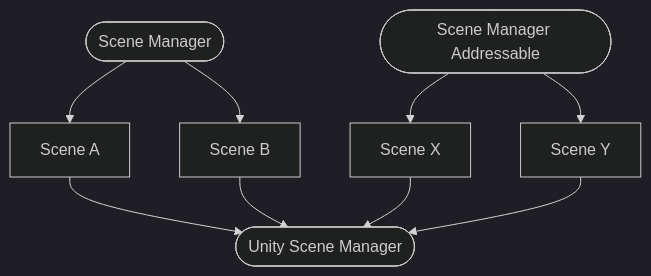
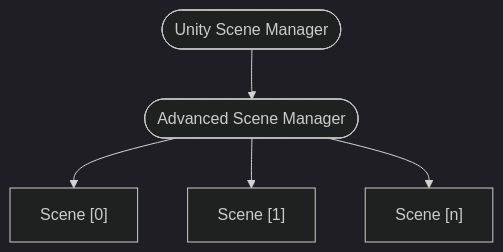
One commit to mygamedevtools/scene-loader changed the second of 3 diagrams in README.md. Above: the diagram before and after it, drawn with Mermaid (dark theme). The commit also changed other lines of this file and 161 other files, not shown here.

````diff
--- a/README.md
+++ b/README.md
@@ -171,13 +189,9 @@
 ```mermaid
 flowchart TB
-    sm([Scene Manager]) --> s_a[Scene A]
-    sm --> s_b[Scene B]
-    sma([Scene Manager Addressable]) --> s_x[Scene X]
-    sma --> s_y[Scene Y]
+    usm([Unity Scene Manager])
 
-    usm([Unity Scene Manager])
-    s_a --> usm
-    s_b --> usm
-    s_x --> usm
-    s_y --> usm
+    usm --> asm([Advanced Scene Manager])
+    asm --> s_a["Scene [0]"]
+    asm --> s_b["Scene [1]"]
+    asm --> s_n["Scene [n]"]
 ```
````
